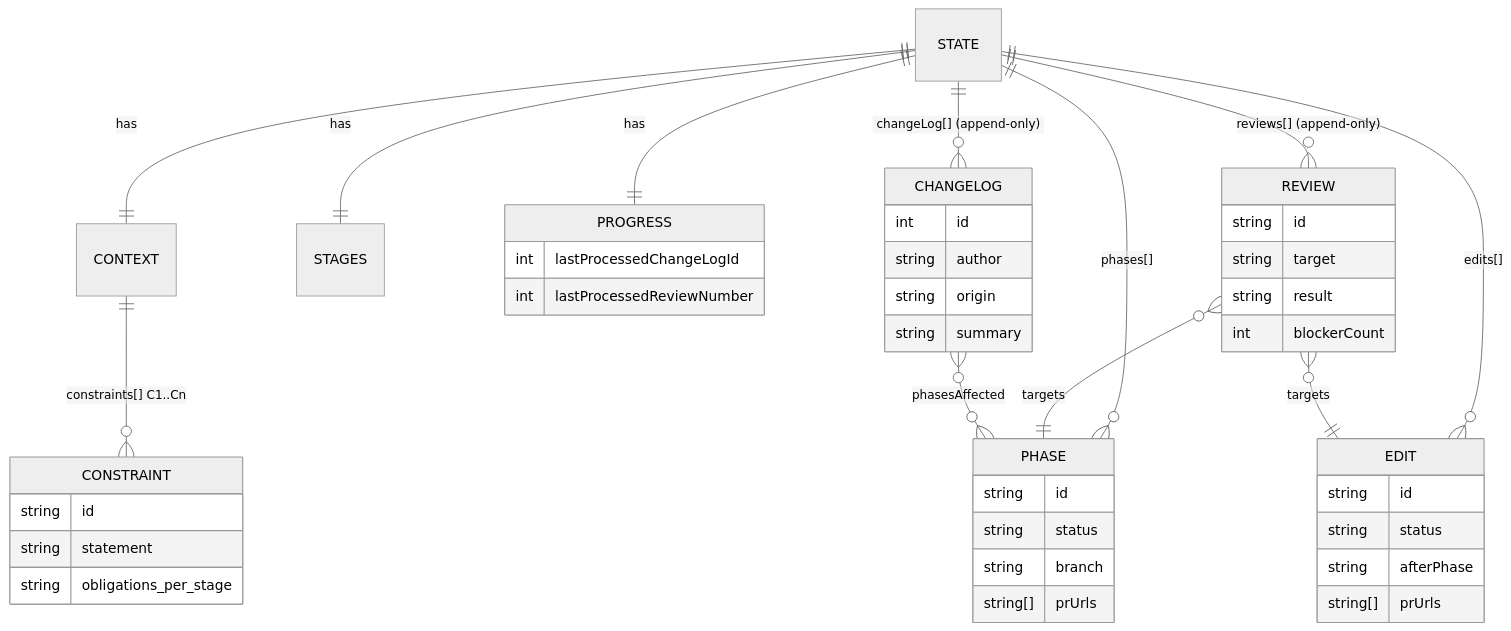
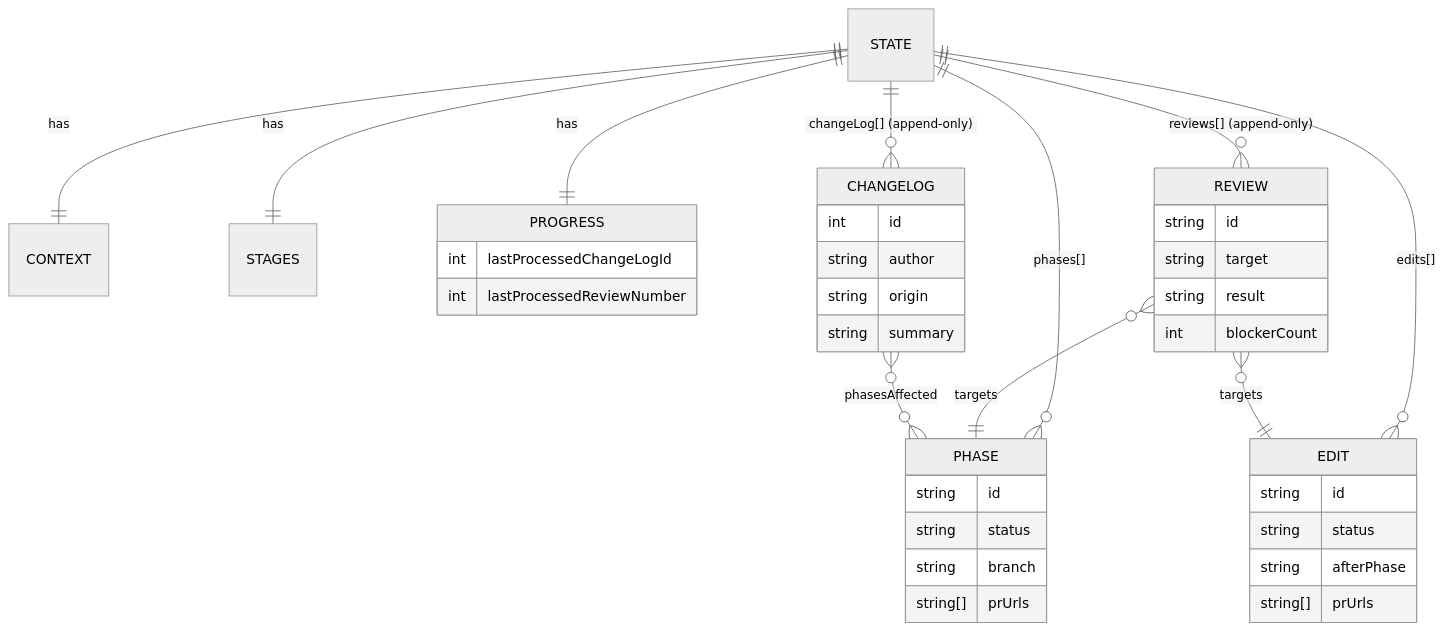
The second of 4 diagrams in docs/DESIGN.md (Mabeesha/AppModernizationHarness), drawn with Mermaid (neutral theme) before and after one commit. The commit also changed other lines of this file and 19 other files, not shown here.

````diff
--- a/docs/DESIGN.md
+++ b/docs/DESIGN.md
@@ -89,21 +92,19 @@
 ```mermaid
 erDiagram
     STATE ||--|| CONTEXT : has
     STATE ||--|| STAGES : has
     STATE ||--|| PROGRESS : has
     STATE ||--o{ PHASE : "phases[]"
     STATE ||--o{ EDIT : "edits[]"
     STATE ||--o{ CHANGELOG : "changeLog[] (append-only)"
     STATE ||--o{ REVIEW : "reviews[] (append-only)"
-    CONTEXT ||--o{ CONSTRAINT : "constraints[] C1..Cn"
     REVIEW }o--|| PHASE : targets
     REVIEW }o--|| EDIT : targets
     CHANGELOG }o--o{ PHASE : phasesAffected
 
-    CONSTRAINT { string id  string statement  string obligations_per_stage }
     PHASE   { string id  string status  string branch  string[] prUrls }
     EDIT    { string id  string status  string afterPhase  string[] prUrls }
     CHANGELOG { int id  string author  string origin  string summary }
     REVIEW  { string id  string target  string result  int blockerCount }
     PROGRESS { int lastProcessedChangeLogId  int lastProcessedReviewNumber }
 ```
````
